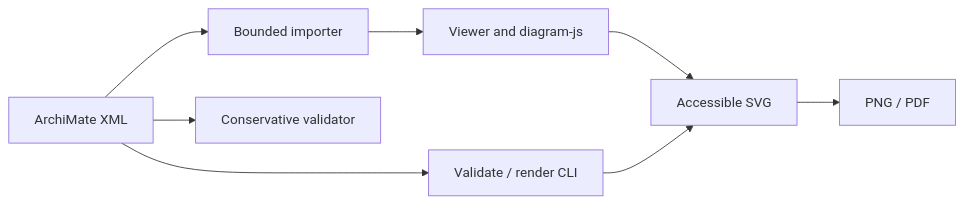
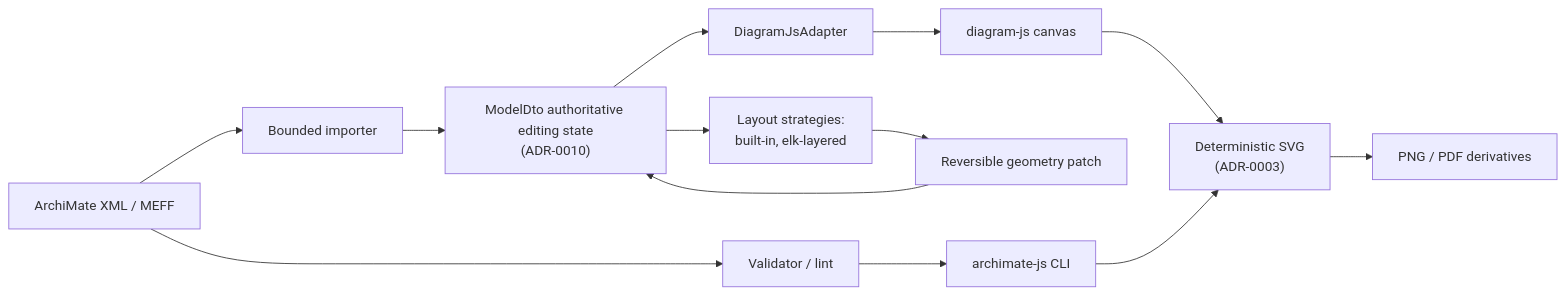
One commit to Tigon32/archimate-js changed the first of 2 diagrams in README.md. Above: the diagram before and after it, drawn with Mermaid. The commit also changed other lines of this file and 5 other files, not shown here.

Commit message:
docs(readme): refresh architecture, quick start, and SVG screenshots

````diff
--- a/README.md
+++ b/README.md
@@ -34,10 +32,15 @@
 ```mermaid
 flowchart LR
-  XML["ArchiMate XML"] --> I["Bounded importer"]
-  I --> V["Viewer and diagram-js"]
-  V --> SVG["Accessible SVG"]
-  XML --> Q["Conservative validator"]
-  XML --> CLI["Validate / render CLI"]
+  Source["ArchiMate XML / MEFF"] --> Importer["Bounded importer"]
+  Importer --> DTO["ModelDto authoritative editing state<br/>(ADR-0010)"]
+  DTO --> Adapter["DiagramJsAdapter"]
+  Adapter --> Canvas["diagram-js canvas"]
+  DTO --> Layout["Layout strategies:<br/>built-in, elk-layered"]
+  Layout --> Patch["Reversible geometry patch"]
+  Patch --> DTO
+  Source --> Validator["Validator / lint"]
+  Validator --> CLI["archimate-js CLI"]
+  Canvas --> SVG["Deterministic SVG<br/>(ADR-0003)"]
   CLI --> SVG
-  SVG --> PNG["PNG / PDF"]
+  SVG --> Raster["PNG / PDF derivatives"]
 ```
````
